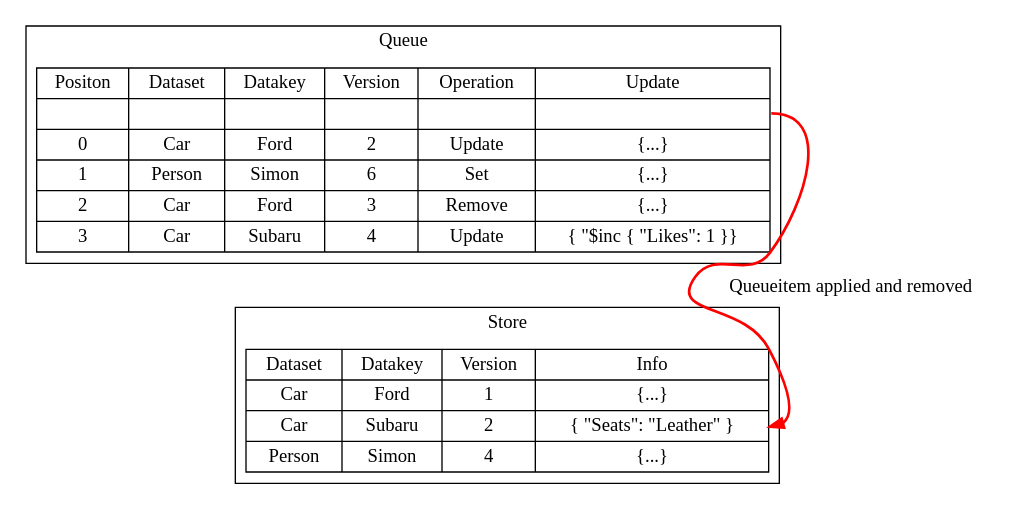
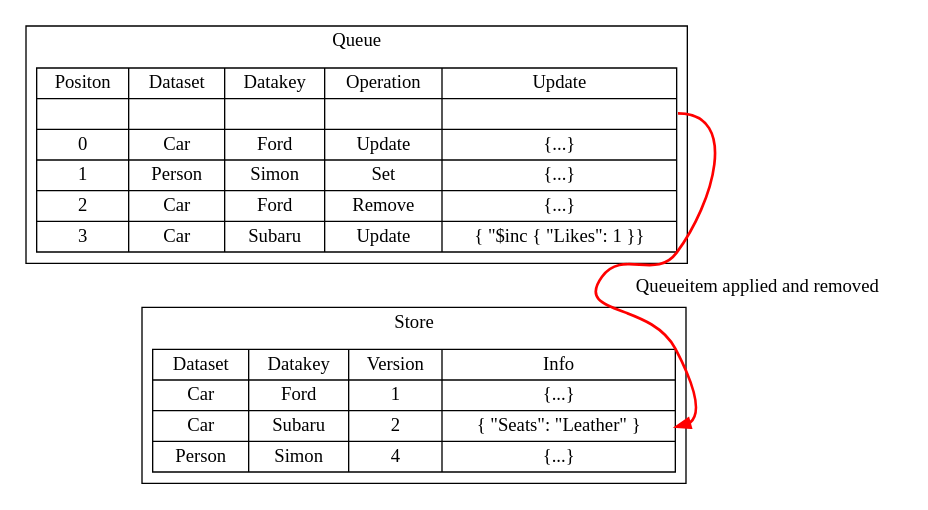
The diagram in README.apply-after.dot (forbesmyester/SyncIt), drawn with Graphviz before and after one commit. The commit also changed 17 other files, not shown here.

```diff
--- a/README.apply-after.dot
+++ b/README.apply-after.dot
@@ -1,12 +1,12 @@
 digraph structs {
 	node [shape=record];
 	subgraph clusterqueue {
 		label = "Queue";
-		structqueue [shape=record,label="{ Positon | | 0 | 1 | 2 | 3 } | { Dataset | <f1> | Car | Person | Car | <f2> Car }|{ Datakey | | Ford | Simon | Ford | Subaru }|{ Version | | 2 | 6 | 3 | 4 }|{ Operation | | Update | Set | Remove | Update }|{ Update | <f3> | \{...\} | \{...\} | \{...\} | <f4> \{ \"$inc \{ \"Likes\": 1 \}\} }"];
+		structqueue [shape=record,label="{ Positon | | 0 | 1 | 2 | 3 } | { Dataset | <f1> | Car | Person | Car | <f2> Car }|{ Datakey | | Ford | Simon | Ford | Subaru }|{ Operation | | Update | Set | Remove | Update }|{ Update | <f3> | \{...\} | \{...\} | \{...\} | <f4> \{ \"$inc \{ \"Likes\": 1 \}\} }"];
 	}
 	subgraph clusterstore {
 		label = "Store";
 		structstore [shape=record,label="{ Dataset | Car | Car | Person }|{ Datakey | Ford | Subaru | Simon }|{ Version | 1 |  2 | 4 }|{ Info | \{...\} | <f0> \{ \"Seats\": \"Leather\" \} | \{...\} }"];
 	}
 	structqueue:f3 -> structstore:f0 [color="red",style="bold",label="Queueitem applied and removed"];
 }
```
